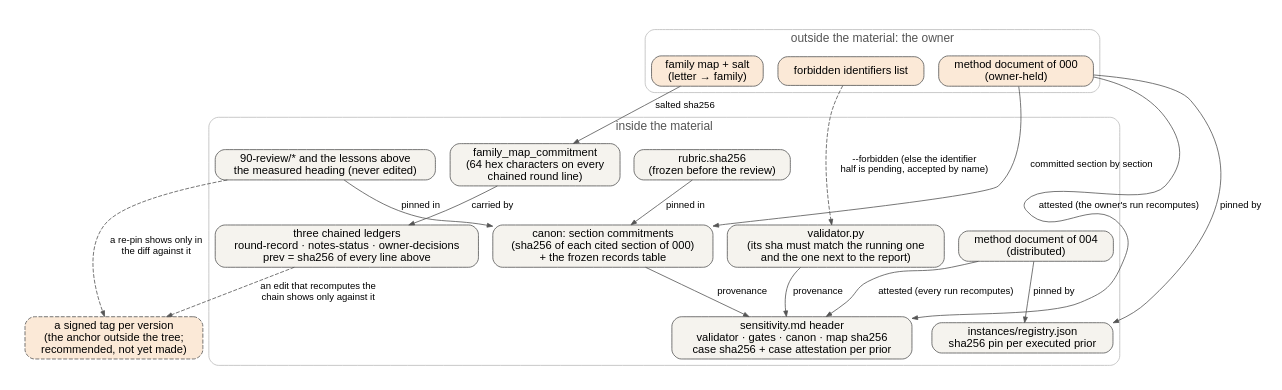
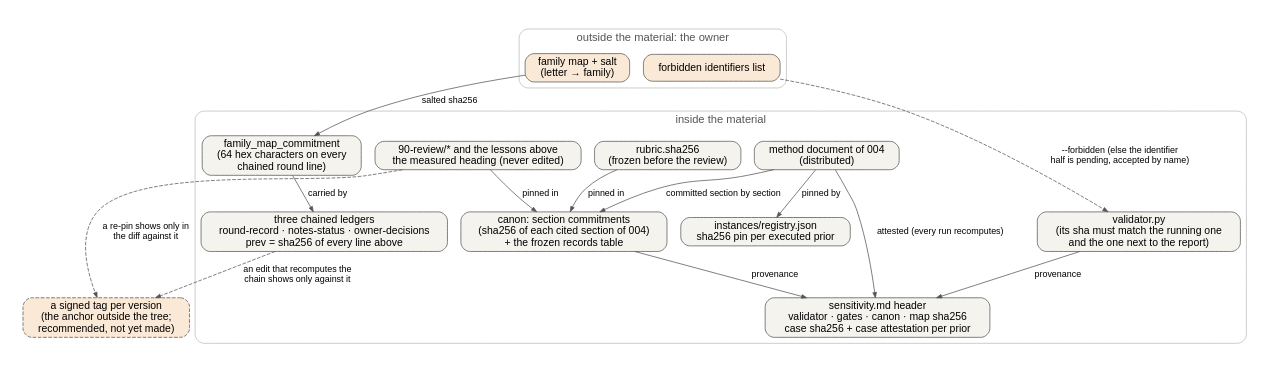
One commit to thiago-carneiro/cooperatio changed the diagram in docs/manual/diagrams/trust-chain.dot. Above: the diagram before and after it, drawn with Graphviz. The commit also changed 20 other files, not shown here.

```diff
--- a/docs/manual/diagrams/trust-chain.dot
+++ b/docs/manual/diagrams/trust-chain.dot
@@ -1,44 +1,41 @@
-// What pins what: the integrity structure of the material at v0.6.0.
+// What pins what: the integrity structure of the material at v0.7.2.
 digraph trust_chain {
   rankdir=TB;
   graph [fontname="Helvetica", fontsize=15, nodesep=0.25, ranksep=0.5, ratio=compress, size="6.4,9.4"];
   node  [fontname="Helvetica", fontsize=14, shape=box, style="rounded,filled", fillcolor="#F5F3EE", color="#555555"];
   edge  [fontname="Helvetica", fontsize=12, color="#555555", arrowsize=0.7];
 
   subgraph cluster_owner {
     label="outside the material: the owner"; style="rounded"; color="#BBBBBB"; fontcolor="#555555";
-    doc000 [label="method document of 000\n(owner-held)", fillcolor="#FBE9D7"];
     familymap [label="family map + salt\n(letter → family)", fillcolor="#FBE9D7"];
     forbidden [label="forbidden identifiers list", fillcolor="#FBE9D7"];
   }
 
   subgraph cluster_material {
     label="inside the material"; style="rounded"; color="#BBBBBB"; fontcolor="#555555";
     registry [label="instances/registry.json\nsha256 pin per executed prior"];
     doc004 [label="method document of 004\n(distributed)"];
-    canon [label="canon: section commitments\n(sha256 of each cited section of 000)\n+ the frozen records table"];
+    canon [label="canon: section commitments\n(sha256 of each cited section of 004)\n+ the frozen records table"];
     frozen [label="90-review/* and the lessons above\nthe measured heading (never edited)"];
     rubricpin [label="rubric.sha256\n(frozen before the review)"];
     sens [label="sensitivity.md header\nvalidator · gates · canon · map sha256\ncase sha256 + case attestation per prior"];
     validator [label="validator.py\n(its sha must match the running one\nand the one next to the report)"];
     ledgers [label="three chained ledgers\nround-record · notes-status · owner-decisions\nprev = sha256 of every line above"];
     commitment [label="family_map_commitment\n(64 hex characters on every\nchained round line)"];
   }
 
   tag [label="a signed tag per version\n(the anchor outside the tree;\nrecommended, not yet made)", fillcolor="#FBE9D7", style="rounded,filled,dashed"];
 
-  doc000 -> registry [label="pinned by"];
   doc004 -> registry [label="pinned by"];
-  doc000 -> canon [label="committed section by section"];
-  doc000 -> sens [label="attested (the owner's run recomputes)"];
+  doc004 -> canon [label="committed section by section"];
   doc004 -> sens [label="attested (every run recomputes)"];
   validator -> sens [label="provenance"];
   canon -> sens [label="provenance"];
   frozen -> canon [label="pinned in"];
   rubricpin -> canon [label="pinned in"];
   familymap -> commitment [label="salted sha256"];
   commitment -> ledgers [label="carried by"];
   forbidden -> validator [label="--forbidden (else the identifier\nhalf is pending, accepted by name)", style=dashed];
   ledgers -> tag [label="an edit that recomputes the\nchain shows only against it", style=dashed];
   frozen -> tag [label="a re-pin shows only in\nthe diff against it", style=dashed];
 }
```
